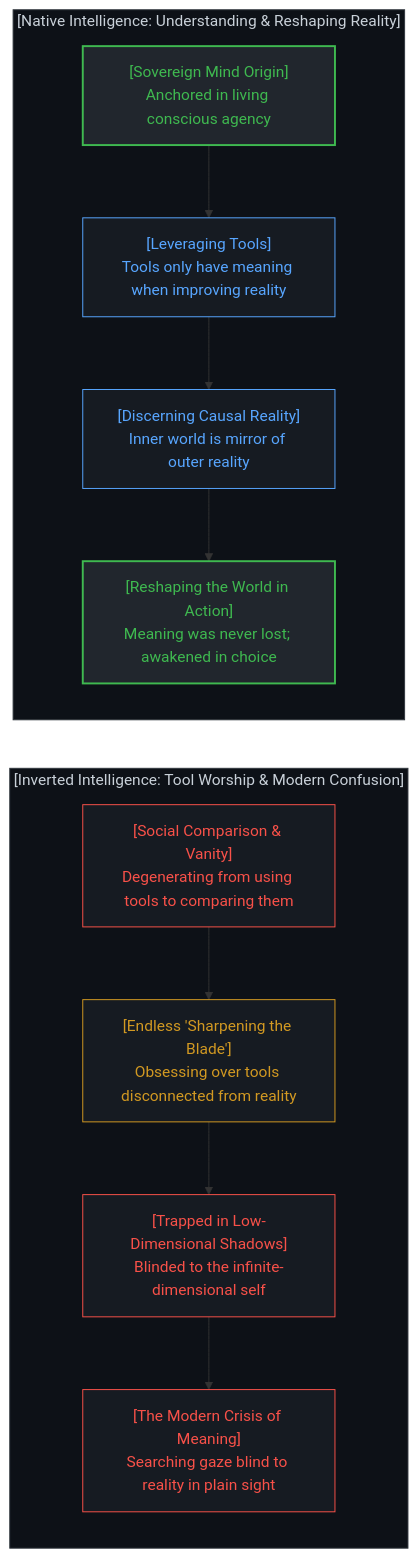
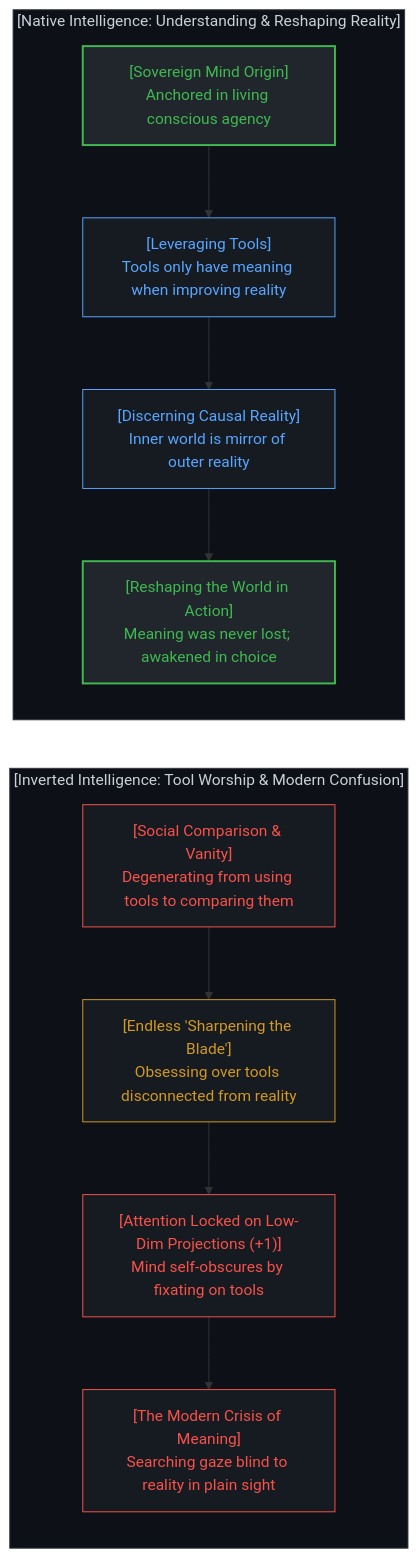
Diagram 12 of 16 in content/posts/the-dissolution-of-the-great-reversal.md (powerpig99/not-a-toe), drawn with Mermaid before and after one commit. The commit also changed other lines of this file and 4 other files, not shown here.

Commit message:
Refine Section 6: Frame tool-fixation as Mind's active self-obscuration (+1)

````diff
--- a/content/posts/the-dissolution-of-the-great-reversal.md
+++ b/content/posts/the-dissolution-of-the-great-reversal.md
@@ -531,37 +531,37 @@
 ```mermaid
 graph TD
     subgraph NativeIntelligence["[Native Intelligence: Understanding & Reshaping Reality]"]
         direction TB
         SovereignMind["[Sovereign Mind Origin]<br>Anchored in living conscious agency"]
         LeverageTools["[Leveraging Tools]<br>Tools only have meaning when improving reality"]
         DeepClarity["[Discerning Causal Reality]<br>Inner world is mirror of outer reality"]
         ReshapeReality["[Reshaping the World in Action]<br>Meaning was never lost; awakened in choice"]
         SovereignMind --> LeverageTools
         LeverageTools --> DeepClarity
         DeepClarity --> ReshapeReality
     end
 
     subgraph ToolSharpeningTrap["[Inverted Intelligence: Tool Worship & Modern Confusion]"]
         direction TB
         StatusComparison["[Social Comparison & Vanity]<br>Degenerating from using tools to comparing them"]
         InfinitePolishing["[Endless 'Sharpening the Blade']<br>Obsessing over tools disconnected from reality"]
-        LowDimProjection["[Trapped in Low-Dimensional Shadows]<br>Blinded to the infinite-dimensional self"]
+        LowDimProjection["[Attention Locked on Low-Dim Projections (+1)]<br>Mind self-obscures by fixating on tools"]
         ExistentialLost["[The Modern Crisis of Meaning]<br>Searching gaze blind to reality in plain sight"]
         StatusComparison --> InfinitePolishing
         InfinitePolishing --> LowDimProjection
         LowDimProjection --> ExistentialLost
     end
 
     ReshapeReality ~~~ StatusComparison
 
     style NativeIntelligence fill:#0d1117,stroke:#30363d,stroke-width:1px,color:#c9d1d9
     style SovereignMind fill:#21262d,stroke:#3fb950,stroke-width:2px,color:#3fb950
     style LeverageTools fill:#161b22,stroke:#58a6ff,stroke-width:1px,color:#58a6ff
     style DeepClarity fill:#161b22,stroke:#58a6ff,stroke-width:1px,color:#58a6ff
     style ReshapeReality fill:#21262d,stroke:#3fb950,stroke-width:2px,color:#3fb950
     style ToolSharpeningTrap fill:#0d1117,stroke:#30363d,stroke-width:1px,color:#c9d1d9
     style StatusComparison fill:#161b22,stroke:#f85149,stroke-width:1px,color:#f85149
     style InfinitePolishing fill:#161b22,stroke:#d29922,stroke-width:1px,color:#d29922
     style LowDimProjection fill:#161b22,stroke:#f85149,stroke-width:1px,color:#f85149
     style ExistentialLost fill:#161b22,stroke:#f85149,stroke-width:1px,color:#f85149
 ```
````
